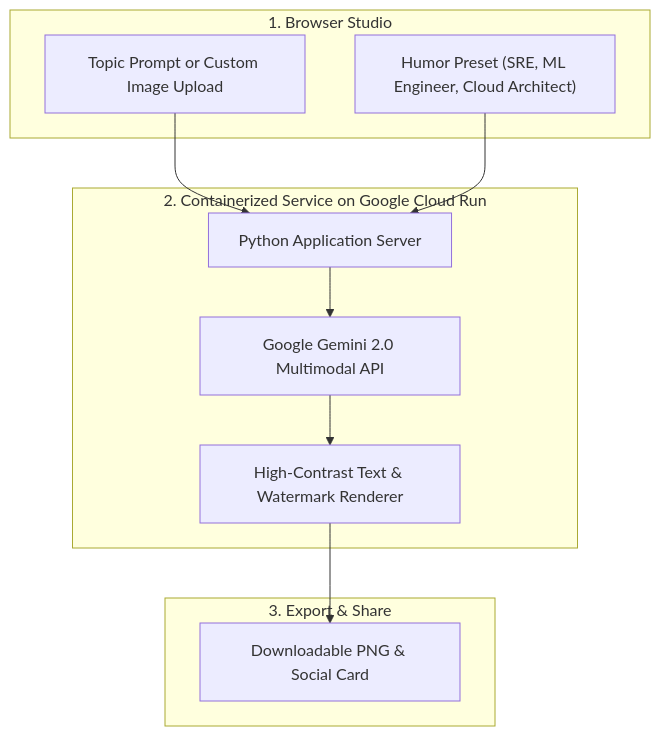
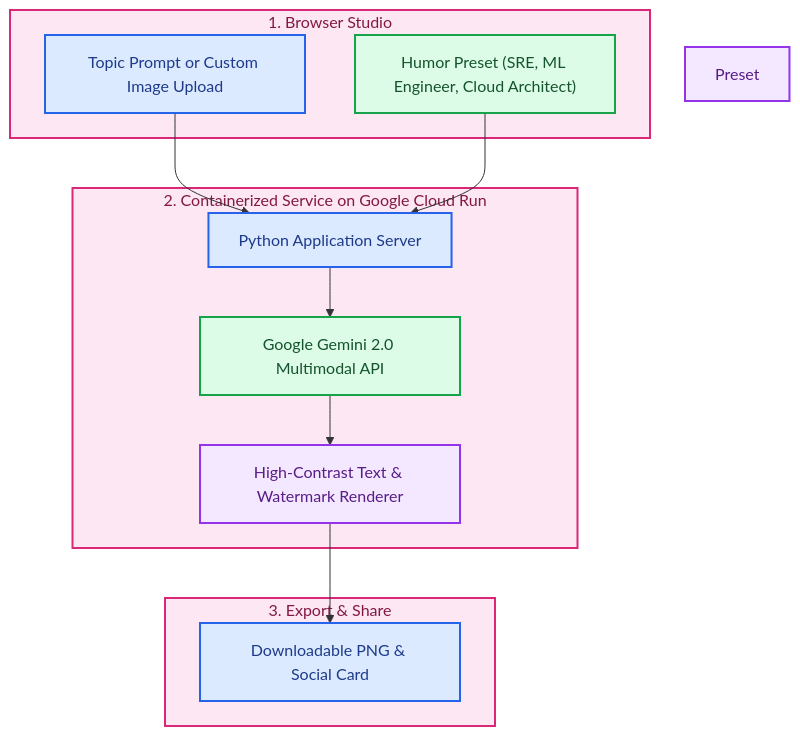
Before and after one commit to RobinaMirbahar/Meme-Generator2025: the diagram in README.md, drawn with Mermaid. The commit also changed other lines of this file, not shown here.

Commit message:
docs: add 3-line Author & Companion Publication header, color-coded Mermaid diagram, and remove repetitive footer

````diff
--- a/README.md
+++ b/README.md
@@ -28,16 +28,26 @@
 ```mermaid
 flowchart TD
     subgraph Client ["1. Browser Studio"]
         C_Up["Topic Prompt or Custom Image Upload"]
         C_Style["Humor Preset (SRE, ML Engineer, Cloud Architect)"]
     end
     subgraph CloudRun ["2. Containerized Service on Google Cloud Run"]
         CR_API["Python Application Server"]
         CR_Gem["Google Gemini 2.0 Multimodal API"]
         CR_Render["High-Contrast Text & Watermark Renderer"]
     end
     subgraph Out ["3. Export & Share"]
         O_Download["Downloadable PNG & Social Card"]
     end
     C_Up & C_Style --> CR_API --> CR_Gem --> CR_Render --> O_Download
+    style Client fill:#fce7f3,stroke:#db2777,stroke-width:2px,color:#831843
+    style C_Up fill:#dbeafe,stroke:#2563eb,stroke-width:2px,color:#1e3a8a
+    style C_Style fill:#dcfce7,stroke:#16a34a,stroke-width:2px,color:#14532d
+    style Preset fill:#f3e8ff,stroke:#9333ea,stroke-width:2px,color:#581c87
+    style CloudRun fill:#fce7f3,stroke:#db2777,stroke-width:2px,color:#831843
+    style CR_API fill:#dbeafe,stroke:#2563eb,stroke-width:2px,color:#1e3a8a
+    style CR_Gem fill:#dcfce7,stroke:#16a34a,stroke-width:2px,color:#14532d
+    style CR_Render fill:#f3e8ff,stroke:#9333ea,stroke-width:2px,color:#581c87
+    style Out fill:#fce7f3,stroke:#db2777,stroke-width:2px,color:#831843
+    style O_Download fill:#dbeafe,stroke:#2563eb,stroke-width:2px,color:#1e3a8a
 ```
````
